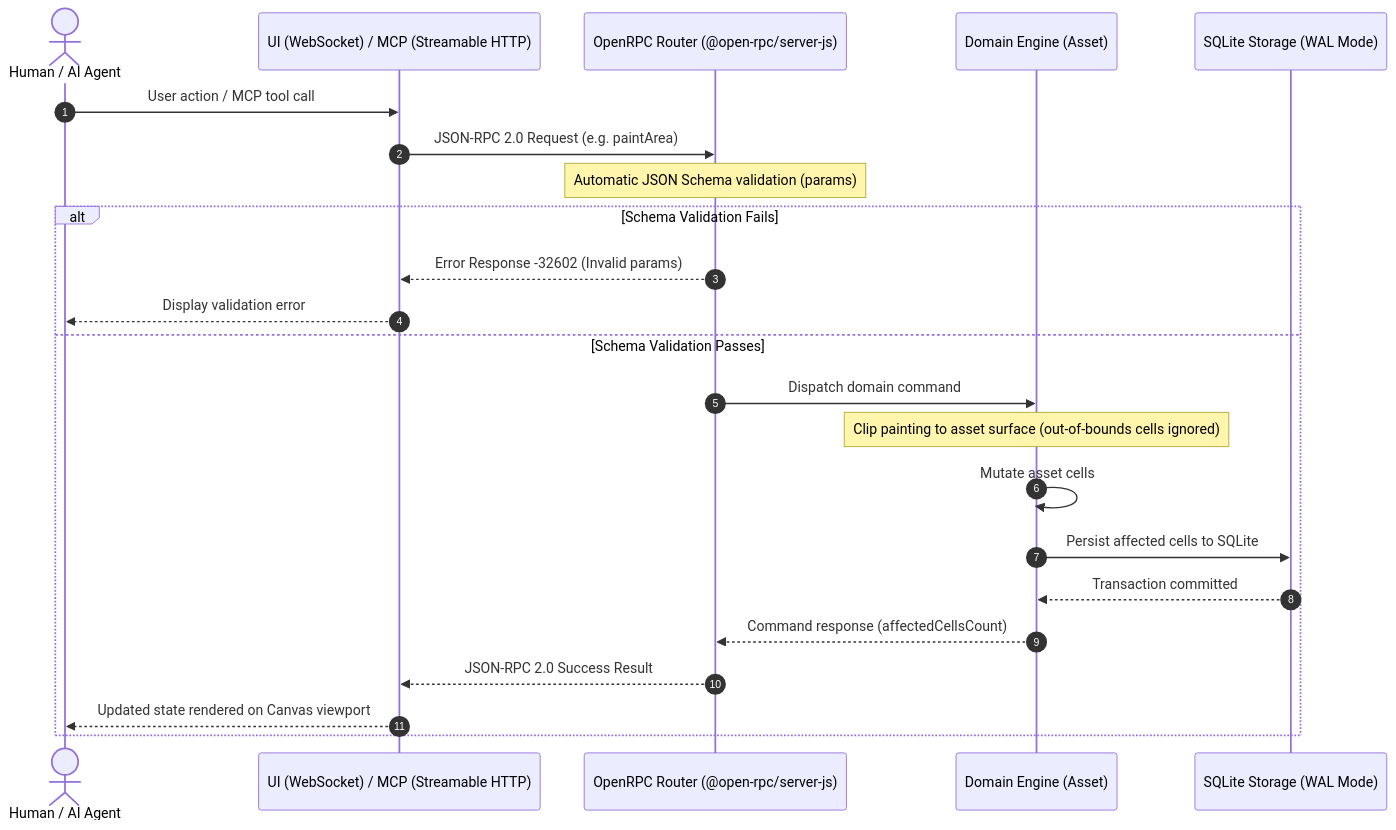
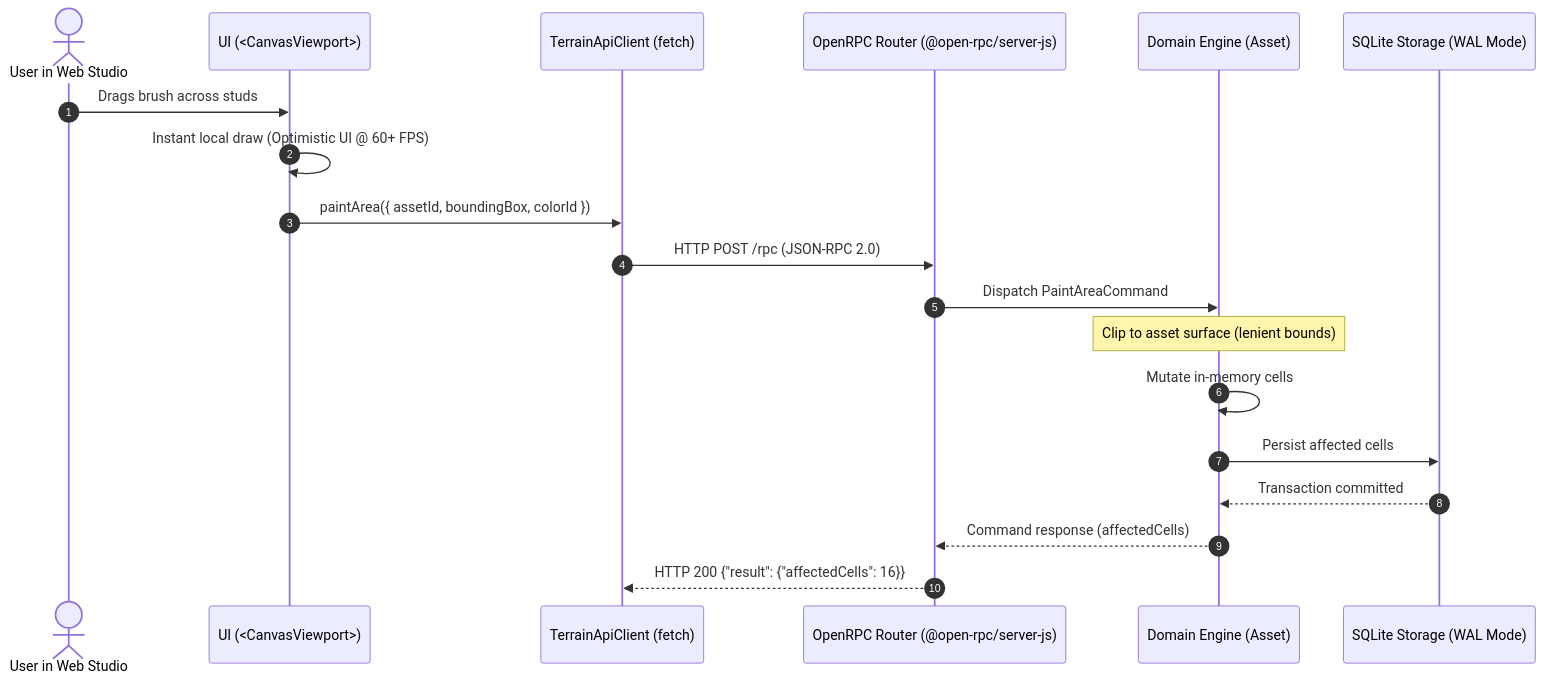
One commit to alexandremenif/brick-wargame-terrain-studio changed the first of 2 diagrams in specs/architecture/data_flows.md. Above: the diagram before and after it, drawn with Mermaid. The commit also changed other lines of this file and 3 other files, not shown here.

Commit message:
docs(specs): formalize HTTP POST JSON-RPC transport and drop events

````diff
--- a/specs/architecture/data_flows.md
+++ b/specs/architecture/data_flows.md
@@ -9,26 +11,22 @@
 ```mermaid
 sequenceDiagram
   autonumber
-  actor User as Human / AI Agent
-  participant Adapter as UI (WebSocket) / MCP (Streamable HTTP)
+  actor User as User in Web Studio
+  participant Canvas as UI (<CanvasViewport>)
+  participant Api as TerrainApiClient (fetch)
   participant Router as OpenRPC Router (@open-rpc/server-js)
   participant Domain as Domain Engine (Asset)
   participant Store as SQLite Storage (WAL Mode)
 
-  User->>Adapter: User action / MCP tool call
-  Adapter->>Router: JSON-RPC 2.0 Request (e.g. paintArea)
-  Note over Router: Automatic JSON Schema validation (params)
-  alt Schema Validation Fails
-    Router-->>Adapter: Error Response -32602 (Invalid params)
-    Adapter-->>User: Display validation error
-  else Schema Validation Passes
-    Router->>Domain: Dispatch domain command
-    Note over Domain: Clip painting to asset surface (out-of-bounds cells ignored)
-    Domain->>Domain: Mutate asset cells
-    Domain->>Store: Persist affected cells to SQLite
-    Store-->>Domain: Transaction committed
-    Domain-->>Router: Command response (affectedCellsCount)
-    Router-->>Adapter: JSON-RPC 2.0 Success Result
-    Adapter-->>User: Updated state rendered on Canvas viewport
-  end
+  User->>Canvas: Drags brush across studs
+  Canvas->>Canvas: Instant local draw (Optimistic UI @ 60+ FPS)
+  Canvas->>Api: paintArea({ assetId, boundingBox, colorId })
+  Api->>Router: HTTP POST /rpc (JSON-RPC 2.0)
+  Router->>Domain: Dispatch PaintAreaCommand
+  Note over Domain: Clip to asset surface (lenient bounds)
+  Domain->>Domain: Mutate in-memory cells
+  Domain->>Store: Persist affected cells
+  Store-->>Domain: Transaction committed
+  Domain-->>Router: Command response (affectedCells)
+  Router-->>Api: HTTP 200 {"result": {"affectedCells": 16}}
 ```
````
